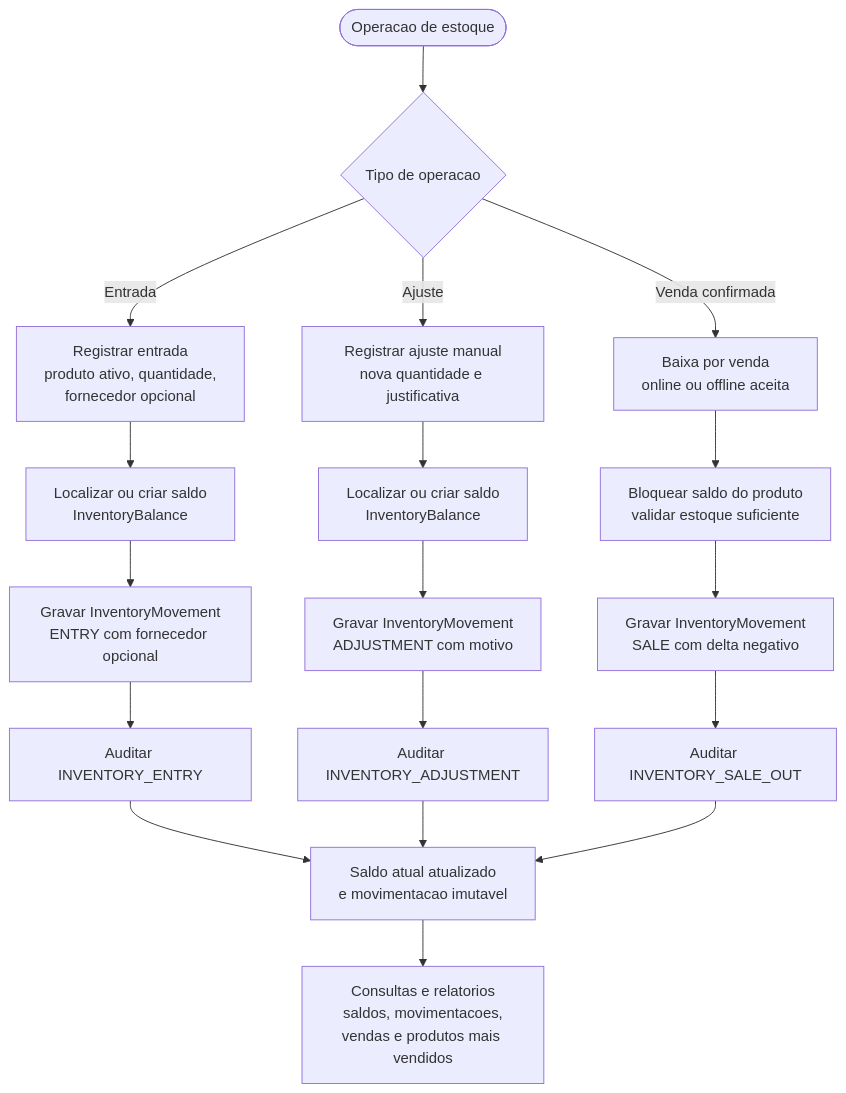
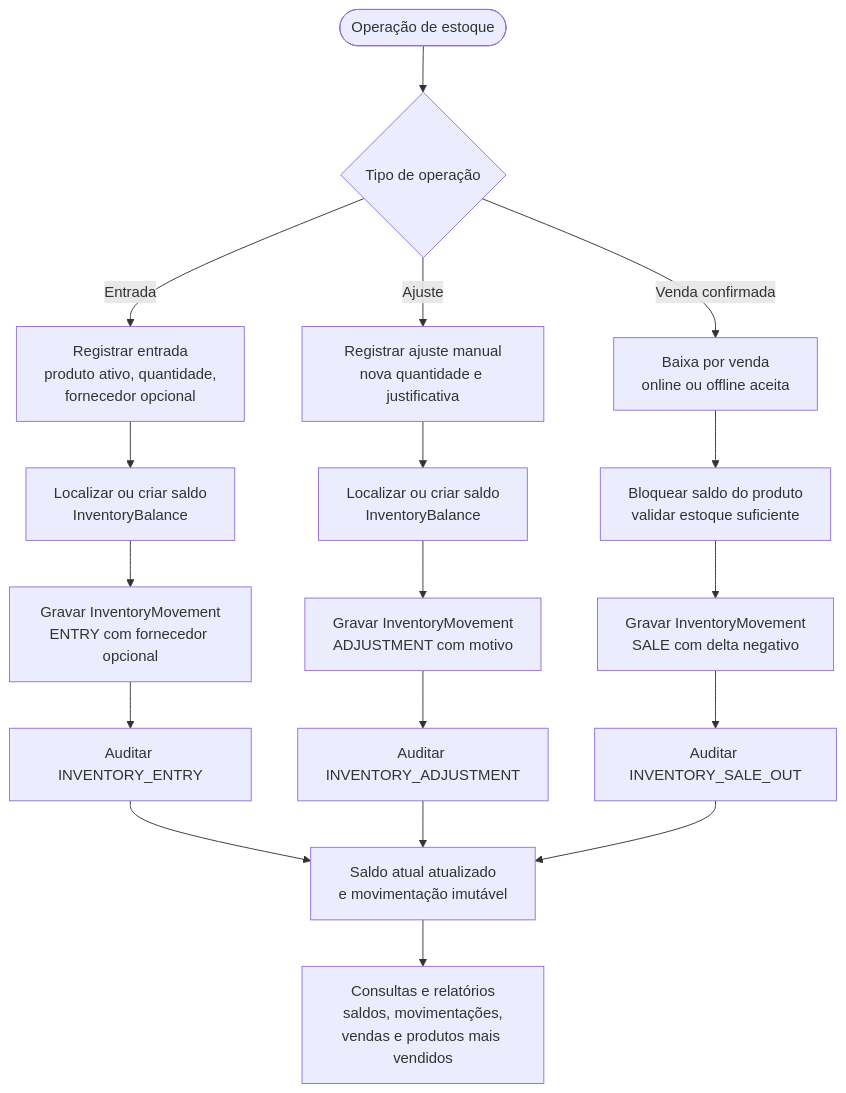
One commit to Fatech-Ypiranga/Mercado-One-Java changed the ninth of 9 diagrams in docs/diagramas.md. Above: the diagram before and after it, drawn with Mermaid. The commit also changed other lines of this file and 27 other files, not shown here.

````diff
--- a/docs/diagramas.md
+++ b/docs/diagramas.md
@@ -547,28 +547,28 @@
 ```mermaid
 flowchart TB
-    Start([Operacao de estoque])
+    Start([Operação de estoque])
 
-    Start --> Choice{Tipo de operacao}
+    Start --> Choice{Tipo de operação}
 
     Choice -->|"Entrada"| Entry["Registrar entrada\nproduto ativo, quantidade,\nfornecedor opcional"]
     Choice -->|"Ajuste"| Adjustment["Registrar ajuste manual\nnova quantidade e justificativa"]
     Choice -->|"Venda confirmada"| SaleOut["Baixa por venda\nonline ou offline aceita"]
 
     Entry --> BalanceEntry["Localizar ou criar saldo\nInventoryBalance"]
     Adjustment --> BalanceAdjustment["Localizar ou criar saldo\nInventoryBalance"]
     SaleOut --> BalanceSale["Bloquear saldo do produto\nvalidar estoque suficiente"]
 
     BalanceEntry --> MovementEntry["Gravar InventoryMovement\nENTRY com fornecedor opcional"]
     BalanceAdjustment --> MovementAdjustment["Gravar InventoryMovement\nADJUSTMENT com motivo"]
     BalanceSale --> MovementSale["Gravar InventoryMovement\nSALE com delta negativo"]
 
     MovementEntry --> AuditEntry["Auditar INVENTORY_ENTRY"]
     MovementAdjustment --> AuditAdjustment["Auditar INVENTORY_ADJUSTMENT"]
     MovementSale --> AuditSale["Auditar INVENTORY_SALE_OUT"]
 
-    AuditEntry --> Current["Saldo atual atualizado\ne movimentacao imutavel"]
+    AuditEntry --> Current["Saldo atual atualizado\ne movimentação imutável"]
     AuditAdjustment --> Current
     AuditSale --> Current
 
-    Current --> Reports["Consultas e relatorios\nsaldos, movimentacoes,\nvendas e produtos mais vendidos"]
+    Current --> Reports["Consultas e relatórios\nsaldos, movimentações,\nvendas e produtos mais vendidos"]
 ```
````
